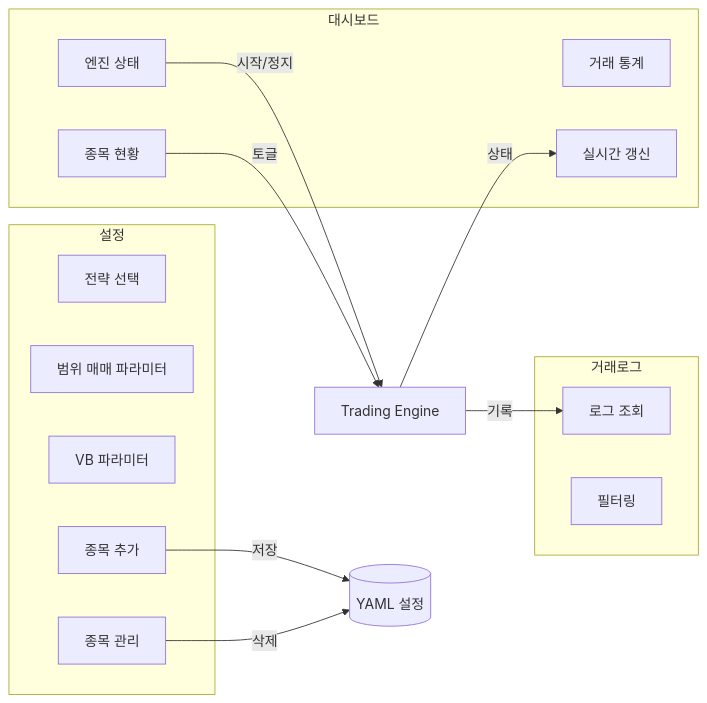
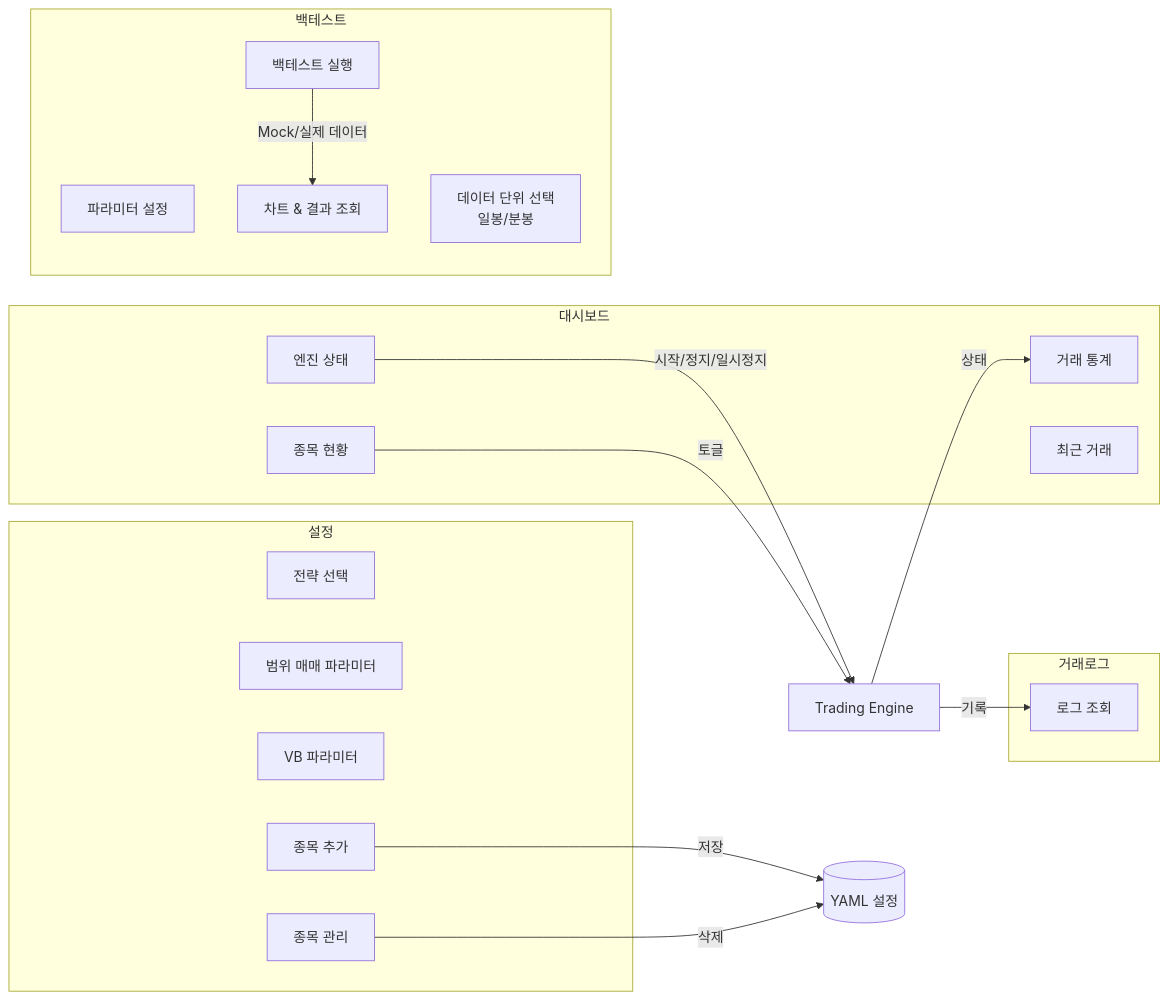
Before and after one commit to tanminkwan/woo-trading: the fifth of 6 diagrams in README.md, drawn with Mermaid. The commit also changed other lines of this file, not shown here.

First line of the commit message:
docs: README flowchart 현행화

````diff
--- a/README.md
+++ b/README.md
@@ -604,29 +611,36 @@
 ```mermaid
 flowchart LR
     subgraph 대시보드
         Status[엔진 상태]
         Stats[거래 통계]
         StockList[종목 현황]
-        Realtime[실시간 갱신]
+        RecentTrades[최근 거래]
     end
 
     subgraph 설정
         SelectStrategy[전략 선택]
         RangeParams[범위 매매 파라미터]
         VBParams[VB 파라미터]
         AddStock[종목 추가]
         ManageStock[종목 관리]
     end
 
     subgraph 거래로그
         ViewLogs[로그 조회]
-        FilterLogs[필터링]
     end
 
-    Status -->|시작/정지| Engine[Trading Engine]
+    subgraph 백테스트
+        SetParams[파라미터 설정]
+        SelectData[데이터 단위 선택<br/>일봉/분봉]
+        RunBacktest[백테스트 실행]
+        ViewChart[차트 & 결과 조회]
+    end
+
+    Status -->|시작/정지/일시정지| Engine[Trading Engine]
     StockList -->|토글| Engine
     AddStock -->|저장| YAML[(YAML 설정)]
     ManageStock -->|삭제| YAML
-    Engine -->|상태| Realtime
+    Engine -->|상태| Stats
     Engine -->|기록| ViewLogs
+    RunBacktest -->|Mock/실제 데이터| ViewChart
 ```
````
